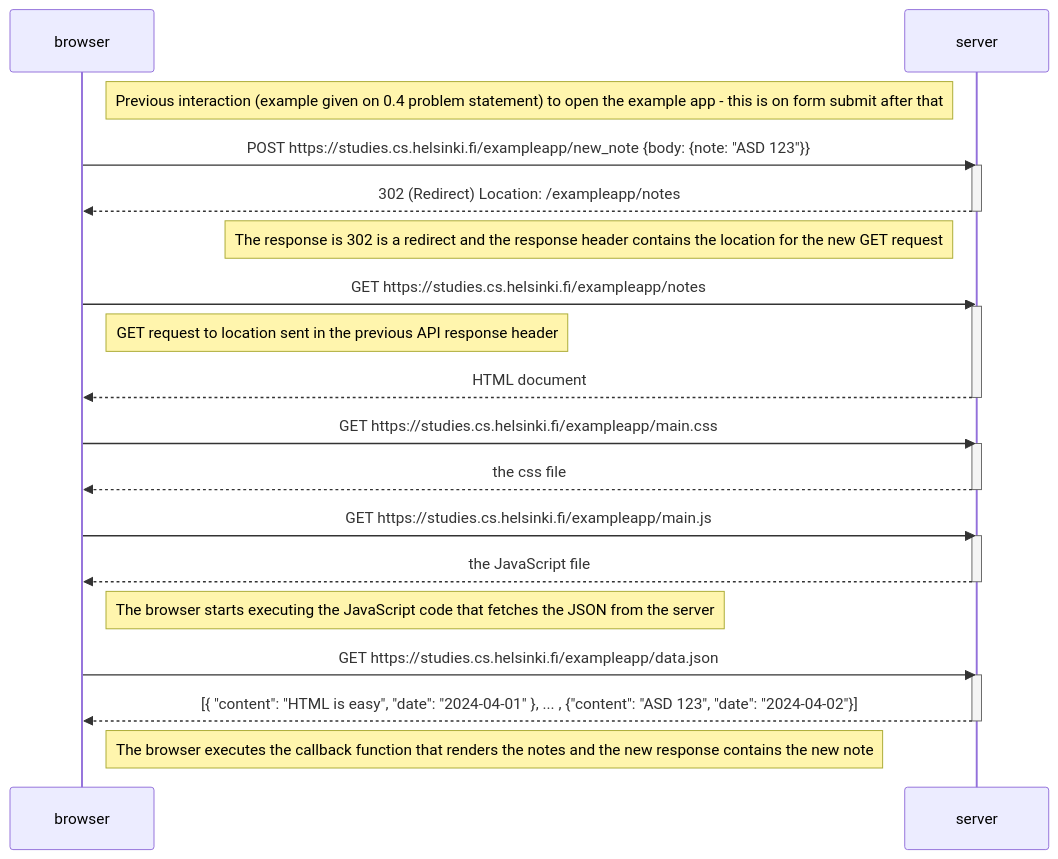
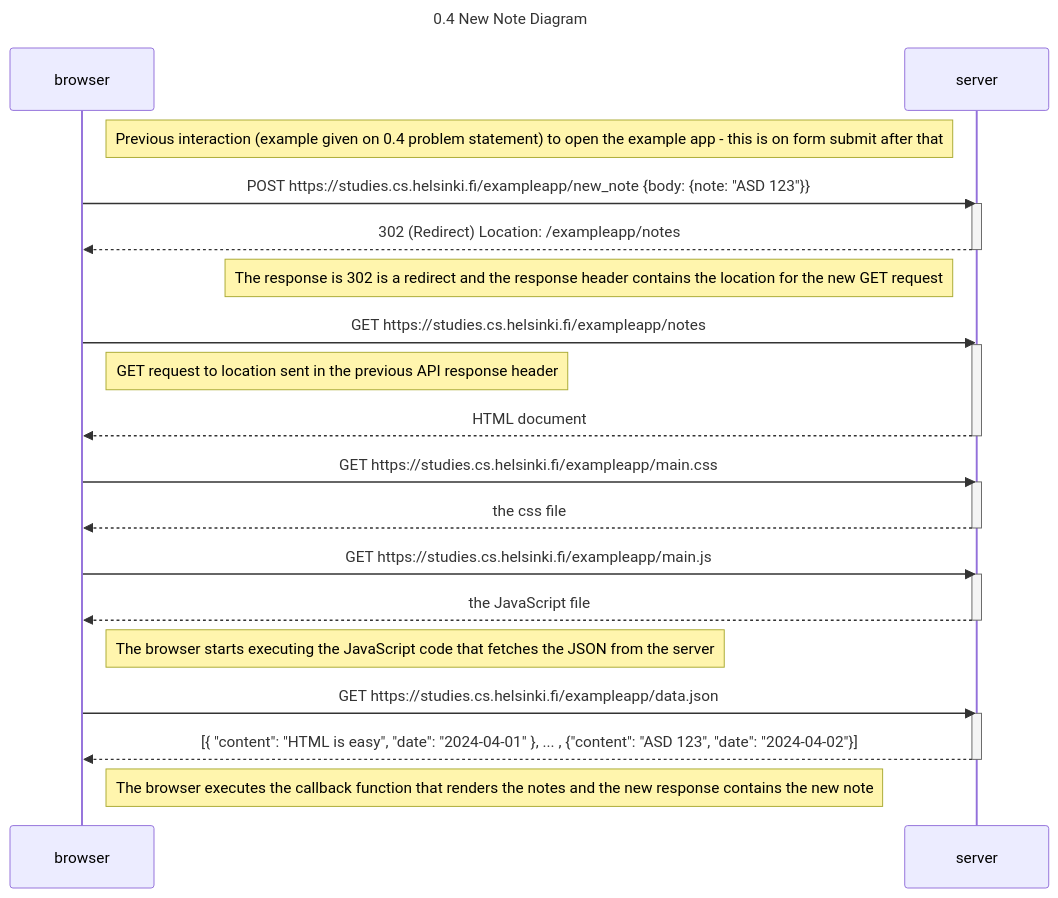
One commit to ny009/full-stack-open changed the diagram in part-0/part-0.4.md. Above: the diagram before and after it, drawn with Mermaid. The commit also changed 2 other files, not shown here.

Commit message:
giving titles for better viewing experience

````diff
--- a/part-0/part-0.4.md
+++ b/part-0/part-0.4.md
@@ -1,40 +1,42 @@
 ``` mermaid
 sequenceDiagram
+    Title: 0.4 New Note Diagram
+
     participant browser
     participant server
    
     Note right of browser: Previous interaction (example given on 0.4 problem statement) to open the example app - this is on form submit after that
 
     browser->>server: POST https://studies.cs.helsinki.fi/exampleapp/new_note {body: {note: "ASD 123"}}
     activate server
     server-->>browser: 302 (Redirect) Location: /exampleapp/notes
     deactivate server
     
     Note left of server: The response is 302 is a redirect and the response header contains the location for the new GET request
 
     browser->>server: GET https://studies.cs.helsinki.fi/exampleapp/notes
     activate server
     Note right of browser:GET request to location sent in the previous API response header
     server-->>browser: HTML document
     deactivate server
     
 
     browser->>server: GET https://studies.cs.helsinki.fi/exampleapp/main.css
     activate server
     server-->>browser: the css file
     deactivate server
 
     browser->>server: GET https://studies.cs.helsinki.fi/exampleapp/main.js
     activate server
     server-->>browser: the JavaScript file
     deactivate server
 
     Note right of browser: The browser starts executing the JavaScript code that fetches the JSON from the server
 
     browser->>server: GET https://studies.cs.helsinki.fi/exampleapp/data.json
     activate server
     server-->>browser: [{ "content": "HTML is easy", "date": "2024-04-01" }, ... , {"content": "ASD 123", "date": "2024-04-02"}]
     deactivate server
 
     Note right of browser: The browser executes the callback function that renders the notes and the new response contains the new note
 ```
````
